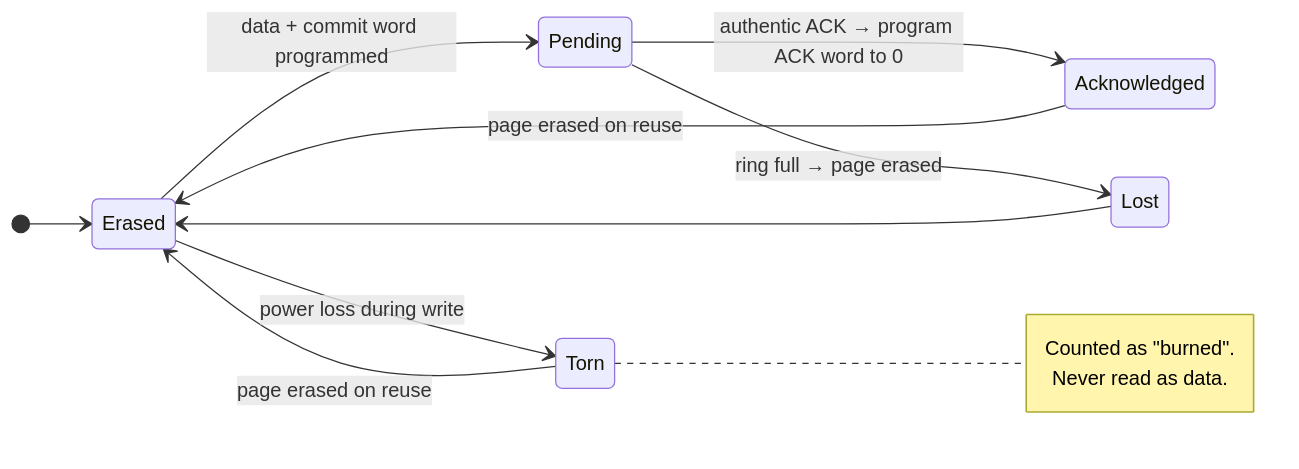
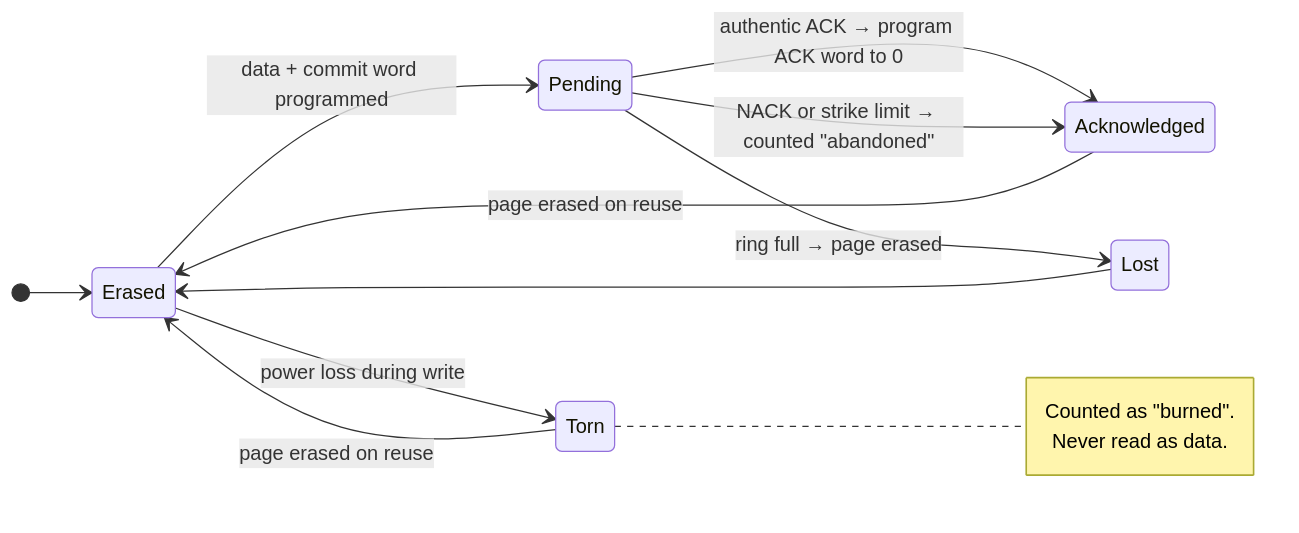
One commit to clintecker/weather-station-2026 changed the third of 11 diagrams in docs/protocol-stack.md. Above: the diagram before and after it, drawn with Mermaid. The commit also changed other lines of this file and 29 other files, not shown here.

````diff
--- a/docs/protocol-stack.md
+++ b/docs/protocol-stack.md
@@ -221,16 +223,17 @@
 ```mermaid
 stateDiagram-v2
   direction LR
   [*] --> Erased
   Erased --> Torn: power loss during write
   Erased --> Pending: data + commit word programmed
   Pending --> Acknowledged: authentic ACK → program ACK word to 0
   Pending --> Lost: ring full → page erased
+  Pending --> Acknowledged: NACK or strike limit → counted "abandoned"
   Acknowledged --> Erased: page erased on reuse
   Torn --> Erased: page erased on reuse
   Lost --> Erased
   note right of Torn
     Counted as "burned".
     Never read as data.
   end note
 ```
````
